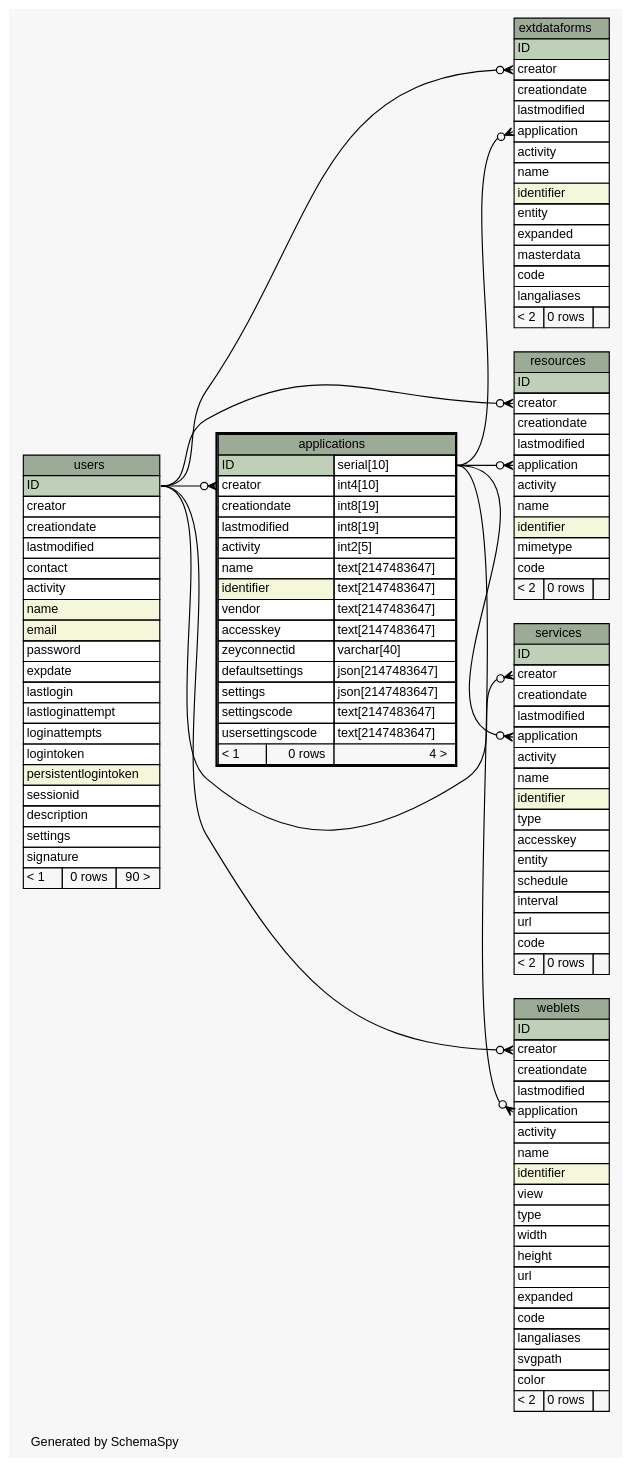
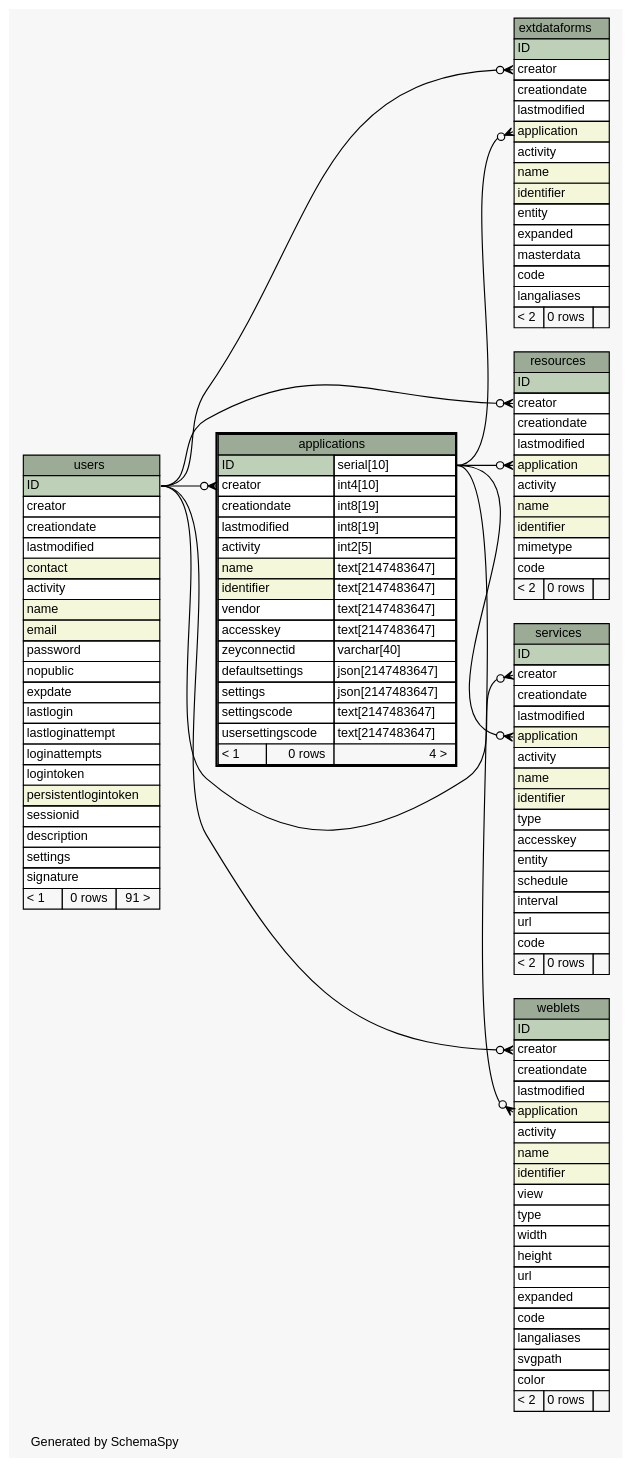
Before and after one commit to zeyosinc/zeyos-schema: the diagram in diagrams/applications.1degree.dot, drawn with Graphviz. The commit also changed 313 other files, not shown here.

```diff
--- a/diagrams/applications.1degree.dot
+++ b/diagrams/applications.1degree.dot
@@ -1,174 +1,175 @@
-// dot 2.38.0 on Mac OS X 10.11.3
+// dot 2.38.0 on Mac OS X 10.11.4
 // SchemaSpy rev 590
 digraph "oneDegreeRelationshipsDiagram" {
   graph [
     rankdir="RL"
     bgcolor="#f7f7f7"
     label="\nGenerated by SchemaSpy"
     labeljust="l"
     nodesep="0.18"
     ranksep="0.46"
     fontname="Helvetica"
     fontsize="11"
   ];
   node [
     fontname="Helvetica"
     fontsize="11"
     shape="plaintext"
   ];
   edge [
     arrowsize="0.8"
   ];
   "applications":"creator":w -> "users":"ID":e [arrowhead=none dir=back arrowtail=crowodot];
   "extdataforms":"application":w -> "applications":"ID.type":e [arrowhead=none dir=back arrowtail=crowodot];
   "extdataforms":"creator":w -> "users":"ID":e [arrowhead=none dir=back arrowtail=crowodot];
   "resources":"application":w -> "applications":"ID.type":e [arrowhead=none dir=back arrowtail=crowodot];
   "resources":"creator":w -> "users":"ID":e [arrowhead=none dir=back arrowtail=crowodot];
   "services":"application":w -> "applications":"ID.type":e [arrowhead=none dir=back arrowtail=crowodot];
   "services":"creator":w -> "users":"ID":e [arrowhead=none dir=back arrowtail=crowodot];
   "weblets":"application":w -> "applications":"ID.type":e [arrowhead=none dir=back arrowtail=crowodot];
   "weblets":"creator":w -> "users":"ID":e [arrowhead=none dir=back arrowtail=crowodot];
   "applications" [
     label=<
     <TABLE BORDER="2" CELLBORDER="1" CELLSPACING="0" BGCOLOR="#ffffff">
       <TR><TD COLSPAN="3" BGCOLOR="#9bab96" ALIGN="CENTER">applications</TD></TR>
       <TR><TD PORT="ID" COLSPAN="2" BGCOLOR="#bed1b8" ALIGN="LEFT">ID</TD><TD PORT="ID.type" ALIGN="LEFT">serial[10]</TD></TR>
       <TR><TD PORT="creator" COLSPAN="2" ALIGN="LEFT">creator</TD><TD PORT="creator.type" ALIGN="LEFT">int4[10]</TD></TR>
       <TR><TD PORT="creationdate" COLSPAN="2" ALIGN="LEFT">creationdate</TD><TD PORT="creationdate.type" ALIGN="LEFT">int8[19]</TD></TR>
       <TR><TD PORT="lastmodified" COLSPAN="2" ALIGN="LEFT">lastmodified</TD><TD PORT="lastmodified.type" ALIGN="LEFT">int8[19]</TD></TR>
       <TR><TD PORT="activity" COLSPAN="2" ALIGN="LEFT">activity</TD><TD PORT="activity.type" ALIGN="LEFT">int2[5]</TD></TR>
-      <TR><TD PORT="name" COLSPAN="2" ALIGN="LEFT">name</TD><TD PORT="name.type" ALIGN="LEFT">text[2147483647]</TD></TR>
+      <TR><TD PORT="name" COLSPAN="2" BGCOLOR="#f4f7da" ALIGN="LEFT">name</TD><TD PORT="name.type" ALIGN="LEFT">text[2147483647]</TD></TR>
       <TR><TD PORT="identifier" COLSPAN="2" BGCOLOR="#f4f7da" ALIGN="LEFT">identifier</TD><TD PORT="identifier.type" ALIGN="LEFT">text[2147483647]</TD></TR>
       <TR><TD PORT="vendor" COLSPAN="2" ALIGN="LEFT">vendor</TD><TD PORT="vendor.type" ALIGN="LEFT">text[2147483647]</TD></TR>
       <TR><TD PORT="accesskey" COLSPAN="2" ALIGN="LEFT">accesskey</TD><TD PORT="accesskey.type" ALIGN="LEFT">text[2147483647]</TD></TR>
       <TR><TD PORT="zeyconnectid" COLSPAN="2" ALIGN="LEFT">zeyconnectid</TD><TD PORT="zeyconnectid.type" ALIGN="LEFT">varchar[40]</TD></TR>
       <TR><TD PORT="defaultsettings" COLSPAN="2" ALIGN="LEFT">defaultsettings</TD><TD PORT="defaultsettings.type" ALIGN="LEFT">json[2147483647]</TD></TR>
       <TR><TD PORT="settings" COLSPAN="2" ALIGN="LEFT">settings</TD><TD PORT="settings.type" ALIGN="LEFT">json[2147483647]</TD></TR>
       <TR><TD PORT="settingscode" COLSPAN="2" ALIGN="LEFT">settingscode</TD><TD PORT="settingscode.type" ALIGN="LEFT">text[2147483647]</TD></TR>
       <TR><TD PORT="usersettingscode" COLSPAN="2" ALIGN="LEFT">usersettingscode</TD><TD PORT="usersettingscode.type" ALIGN="LEFT">text[2147483647]</TD></TR>
       <TR><TD ALIGN="LEFT" BGCOLOR="#f7f7f7">&lt; 1</TD><TD ALIGN="RIGHT" BGCOLOR="#f7f7f7">0 rows</TD><TD ALIGN="RIGHT" BGCOLOR="#f7f7f7">4 &gt;</TD></TR>
     </TABLE>>
     URL="applications.html"
     tooltip="applications"
   ];
   "extdataforms" [
     label=<
     <TABLE BORDER="0" CELLBORDER="1" CELLSPACING="0" BGCOLOR="#ffffff">
       <TR><TD COLSPAN="3" BGCOLOR="#9bab96" ALIGN="CENTER">extdataforms</TD></TR>
       <TR><TD PORT="ID" COLSPAN="3" BGCOLOR="#bed1b8" ALIGN="LEFT">ID</TD></TR>
       <TR><TD PORT="creator" COLSPAN="3" ALIGN="LEFT">creator</TD></TR>
       <TR><TD PORT="creationdate" COLSPAN="3" ALIGN="LEFT">creationdate</TD></TR>
       <TR><TD PORT="lastmodified" COLSPAN="3" ALIGN="LEFT">lastmodified</TD></TR>
-      <TR><TD PORT="application" COLSPAN="3" ALIGN="LEFT">application</TD></TR>
+      <TR><TD PORT="application" COLSPAN="3" BGCOLOR="#f4f7da" ALIGN="LEFT">application</TD></TR>
       <TR><TD PORT="activity" COLSPAN="3" ALIGN="LEFT">activity</TD></TR>
-      <TR><TD PORT="name" COLSPAN="3" ALIGN="LEFT">name</TD></TR>
+      <TR><TD PORT="name" COLSPAN="3" BGCOLOR="#f4f7da" ALIGN="LEFT">name</TD></TR>
       <TR><TD PORT="identifier" COLSPAN="3" BGCOLOR="#f4f7da" ALIGN="LEFT">identifier</TD></TR>
       <TR><TD PORT="entity" COLSPAN="3" ALIGN="LEFT">entity</TD></TR>
       <TR><TD PORT="expanded" COLSPAN="3" ALIGN="LEFT">expanded</TD></TR>
       <TR><TD PORT="masterdata" COLSPAN="3" ALIGN="LEFT">masterdata</TD></TR>
       <TR><TD PORT="code" COLSPAN="3" ALIGN="LEFT">code</TD></TR>
       <TR><TD PORT="langaliases" COLSPAN="3" ALIGN="LEFT">langaliases</TD></TR>
       <TR><TD ALIGN="LEFT" BGCOLOR="#f7f7f7">&lt; 2</TD><TD ALIGN="RIGHT" BGCOLOR="#f7f7f7">0 rows</TD><TD ALIGN="RIGHT" BGCOLOR="#f7f7f7">  </TD></TR>
     </TABLE>>
     URL="extdataforms.html"
     tooltip="extdataforms"
   ];
   "resources" [
     label=<
     <TABLE BORDER="0" CELLBORDER="1" CELLSPACING="0" BGCOLOR="#ffffff">
       <TR><TD COLSPAN="3" BGCOLOR="#9bab96" ALIGN="CENTER">resources</TD></TR>
       <TR><TD PORT="ID" COLSPAN="3" BGCOLOR="#bed1b8" ALIGN="LEFT">ID</TD></TR>
       <TR><TD PORT="creator" COLSPAN="3" ALIGN="LEFT">creator</TD></TR>
       <TR><TD PORT="creationdate" COLSPAN="3" ALIGN="LEFT">creationdate</TD></TR>
       <TR><TD PORT="lastmodified" COLSPAN="3" ALIGN="LEFT">lastmodified</TD></TR>
-      <TR><TD PORT="application" COLSPAN="3" ALIGN="LEFT">application</TD></TR>
+      <TR><TD PORT="application" COLSPAN="3" BGCOLOR="#f4f7da" ALIGN="LEFT">application</TD></TR>
       <TR><TD PORT="activity" COLSPAN="3" ALIGN="LEFT">activity</TD></TR>
-      <TR><TD PORT="name" COLSPAN="3" ALIGN="LEFT">name</TD></TR>
+      <TR><TD PORT="name" COLSPAN="3" BGCOLOR="#f4f7da" ALIGN="LEFT">name</TD></TR>
       <TR><TD PORT="identifier" COLSPAN="3" BGCOLOR="#f4f7da" ALIGN="LEFT">identifier</TD></TR>
       <TR><TD PORT="mimetype" COLSPAN="3" ALIGN="LEFT">mimetype</TD></TR>
       <TR><TD PORT="code" COLSPAN="3" ALIGN="LEFT">code</TD></TR>
       <TR><TD ALIGN="LEFT" BGCOLOR="#f7f7f7">&lt; 2</TD><TD ALIGN="RIGHT" BGCOLOR="#f7f7f7">0 rows</TD><TD ALIGN="RIGHT" BGCOLOR="#f7f7f7">  </TD></TR>
     </TABLE>>
     URL="resources.html"
     tooltip="resources"
   ];
   "services" [
     label=<
     <TABLE BORDER="0" CELLBORDER="1" CELLSPACING="0" BGCOLOR="#ffffff">
       <TR><TD COLSPAN="3" BGCOLOR="#9bab96" ALIGN="CENTER">services</TD></TR>
       <TR><TD PORT="ID" COLSPAN="3" BGCOLOR="#bed1b8" ALIGN="LEFT">ID</TD></TR>
       <TR><TD PORT="creator" COLSPAN="3" ALIGN="LEFT">creator</TD></TR>
       <TR><TD PORT="creationdate" COLSPAN="3" ALIGN="LEFT">creationdate</TD></TR>
       <TR><TD PORT="lastmodified" COLSPAN="3" ALIGN="LEFT">lastmodified</TD></TR>
-      <TR><TD PORT="application" COLSPAN="3" ALIGN="LEFT">application</TD></TR>
+      <TR><TD PORT="application" COLSPAN="3" BGCOLOR="#f4f7da" ALIGN="LEFT">application</TD></TR>
       <TR><TD PORT="activity" COLSPAN="3" ALIGN="LEFT">activity</TD></TR>
-      <TR><TD PORT="name" COLSPAN="3" ALIGN="LEFT">name</TD></TR>
+      <TR><TD PORT="name" COLSPAN="3" BGCOLOR="#f4f7da" ALIGN="LEFT">name</TD></TR>
       <TR><TD PORT="identifier" COLSPAN="3" BGCOLOR="#f4f7da" ALIGN="LEFT">identifier</TD></TR>
       <TR><TD PORT="type" COLSPAN="3" ALIGN="LEFT">type</TD></TR>
       <TR><TD PORT="accesskey" COLSPAN="3" ALIGN="LEFT">accesskey</TD></TR>
       <TR><TD PORT="entity" COLSPAN="3" ALIGN="LEFT">entity</TD></TR>
       <TR><TD PORT="schedule" COLSPAN="3" ALIGN="LEFT">schedule</TD></TR>
       <TR><TD PORT="interval" COLSPAN="3" ALIGN="LEFT">interval</TD></TR>
       <TR><TD PORT="url" COLSPAN="3" ALIGN="LEFT">url</TD></TR>
       <TR><TD PORT="code" COLSPAN="3" ALIGN="LEFT">code</TD></TR>
       <TR><TD ALIGN="LEFT" BGCOLOR="#f7f7f7">&lt; 2</TD><TD ALIGN="RIGHT" BGCOLOR="#f7f7f7">0 rows</TD><TD ALIGN="RIGHT" BGCOLOR="#f7f7f7">  </TD></TR>
     </TABLE>>
     URL="services.html"
     tooltip="services"
   ];
   "users" [
     label=<
     <TABLE BORDER="0" CELLBORDER="1" CELLSPACING="0" BGCOLOR="#ffffff">
       <TR><TD COLSPAN="3" BGCOLOR="#9bab96" ALIGN="CENTER">users</TD></TR>
       <TR><TD PORT="ID" COLSPAN="3" BGCOLOR="#bed1b8" ALIGN="LEFT">ID</TD></TR>
       <TR><TD PORT="creator" COLSPAN="3" ALIGN="LEFT">creator</TD></TR>
       <TR><TD PORT="creationdate" COLSPAN="3" ALIGN="LEFT">creationdate</TD></TR>
       <TR><TD PORT="lastmodified" COLSPAN="3" ALIGN="LEFT">lastmodified</TD></TR>
-      <TR><TD PORT="contact" COLSPAN="3" ALIGN="LEFT">contact</TD></TR>
+      <TR><TD PORT="contact" COLSPAN="3" BGCOLOR="#f4f7da" ALIGN="LEFT">contact</TD></TR>
       <TR><TD PORT="activity" COLSPAN="3" ALIGN="LEFT">activity</TD></TR>
       <TR><TD PORT="name" COLSPAN="3" BGCOLOR="#f4f7da" ALIGN="LEFT">name</TD></TR>
       <TR><TD PORT="email" COLSPAN="3" BGCOLOR="#f4f7da" ALIGN="LEFT">email</TD></TR>
       <TR><TD PORT="password" COLSPAN="3" ALIGN="LEFT">password</TD></TR>
+      <TR><TD PORT="nopublic" COLSPAN="3" ALIGN="LEFT">nopublic</TD></TR>
       <TR><TD PORT="expdate" COLSPAN="3" ALIGN="LEFT">expdate</TD></TR>
       <TR><TD PORT="lastlogin" COLSPAN="3" ALIGN="LEFT">lastlogin</TD></TR>
       <TR><TD PORT="lastloginattempt" COLSPAN="3" ALIGN="LEFT">lastloginattempt</TD></TR>
       <TR><TD PORT="loginattempts" COLSPAN="3" ALIGN="LEFT">loginattempts</TD></TR>
       <TR><TD PORT="logintoken" COLSPAN="3" ALIGN="LEFT">logintoken</TD></TR>
       <TR><TD PORT="persistentlogintoken" COLSPAN="3" BGCOLOR="#f4f7da" ALIGN="LEFT">persistentlogintoken</TD></TR>
       <TR><TD PORT="sessionid" COLSPAN="3" ALIGN="LEFT">sessionid</TD></TR>
       <TR><TD PORT="description" COLSPAN="3" ALIGN="LEFT">description</TD></TR>
       <TR><TD PORT="settings" COLSPAN="3" ALIGN="LEFT">settings</TD></TR>
       <TR><TD PORT="signature" COLSPAN="3" ALIGN="LEFT">signature</TD></TR>
-      <TR><TD ALIGN="LEFT" BGCOLOR="#f7f7f7">&lt; 1</TD><TD ALIGN="RIGHT" BGCOLOR="#f7f7f7">0 rows</TD><TD ALIGN="RIGHT" BGCOLOR="#f7f7f7">90 &gt;</TD></TR>
+      <TR><TD ALIGN="LEFT" BGCOLOR="#f7f7f7">&lt; 1</TD><TD ALIGN="RIGHT" BGCOLOR="#f7f7f7">0 rows</TD><TD ALIGN="RIGHT" BGCOLOR="#f7f7f7">91 &gt;</TD></TR>
     </TABLE>>
     URL="users.html"
     tooltip="users"
   ];
   "weblets" [
     label=<
     <TABLE BORDER="0" CELLBORDER="1" CELLSPACING="0" BGCOLOR="#ffffff">
       <TR><TD COLSPAN="3" BGCOLOR="#9bab96" ALIGN="CENTER">weblets</TD></TR>
       <TR><TD PORT="ID" COLSPAN="3" BGCOLOR="#bed1b8" ALIGN="LEFT">ID</TD></TR>
       <TR><TD PORT="creator" COLSPAN="3" ALIGN="LEFT">creator</TD></TR>
       <TR><TD PORT="creationdate" COLSPAN="3" ALIGN="LEFT">creationdate</TD></TR>
       <TR><TD PORT="lastmodified" COLSPAN="3" ALIGN="LEFT">lastmodified</TD></TR>
-      <TR><TD PORT="application" COLSPAN="3" ALIGN="LEFT">application</TD></TR>
+      <TR><TD PORT="application" COLSPAN="3" BGCOLOR="#f4f7da" ALIGN="LEFT">application</TD></TR>
       <TR><TD PORT="activity" COLSPAN="3" ALIGN="LEFT">activity</TD></TR>
-      <TR><TD PORT="name" COLSPAN="3" ALIGN="LEFT">name</TD></TR>
+      <TR><TD PORT="name" COLSPAN="3" BGCOLOR="#f4f7da" ALIGN="LEFT">name</TD></TR>
       <TR><TD PORT="identifier" COLSPAN="3" BGCOLOR="#f4f7da" ALIGN="LEFT">identifier</TD></TR>
       <TR><TD PORT="view" COLSPAN="3" ALIGN="LEFT">view</TD></TR>
       <TR><TD PORT="type" COLSPAN="3" ALIGN="LEFT">type</TD></TR>
       <TR><TD PORT="width" COLSPAN="3" ALIGN="LEFT">width</TD></TR>
       <TR><TD PORT="height" COLSPAN="3" ALIGN="LEFT">height</TD></TR>
       <TR><TD PORT="url" COLSPAN="3" ALIGN="LEFT">url</TD></TR>
       <TR><TD PORT="expanded" COLSPAN="3" ALIGN="LEFT">expanded</TD></TR>
       <TR><TD PORT="code" COLSPAN="3" ALIGN="LEFT">code</TD></TR>
       <TR><TD PORT="langaliases" COLSPAN="3" ALIGN="LEFT">langaliases</TD></TR>
       <TR><TD PORT="svgpath" COLSPAN="3" ALIGN="LEFT">svgpath</TD></TR>
       <TR><TD PORT="color" COLSPAN="3" ALIGN="LEFT">color</TD></TR>
       <TR><TD ALIGN="LEFT" BGCOLOR="#f7f7f7">&lt; 2</TD><TD ALIGN="RIGHT" BGCOLOR="#f7f7f7">0 rows</TD><TD ALIGN="RIGHT" BGCOLOR="#f7f7f7">  </TD></TR>
     </TABLE>>
     URL="weblets.html"
     tooltip="weblets"
   ];
 }
```
